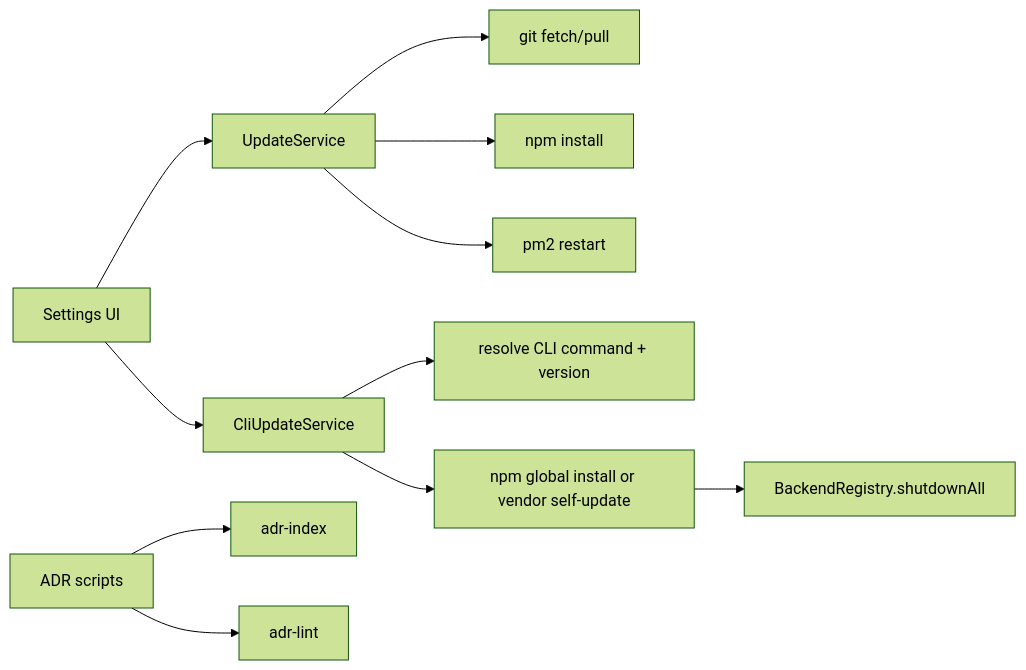
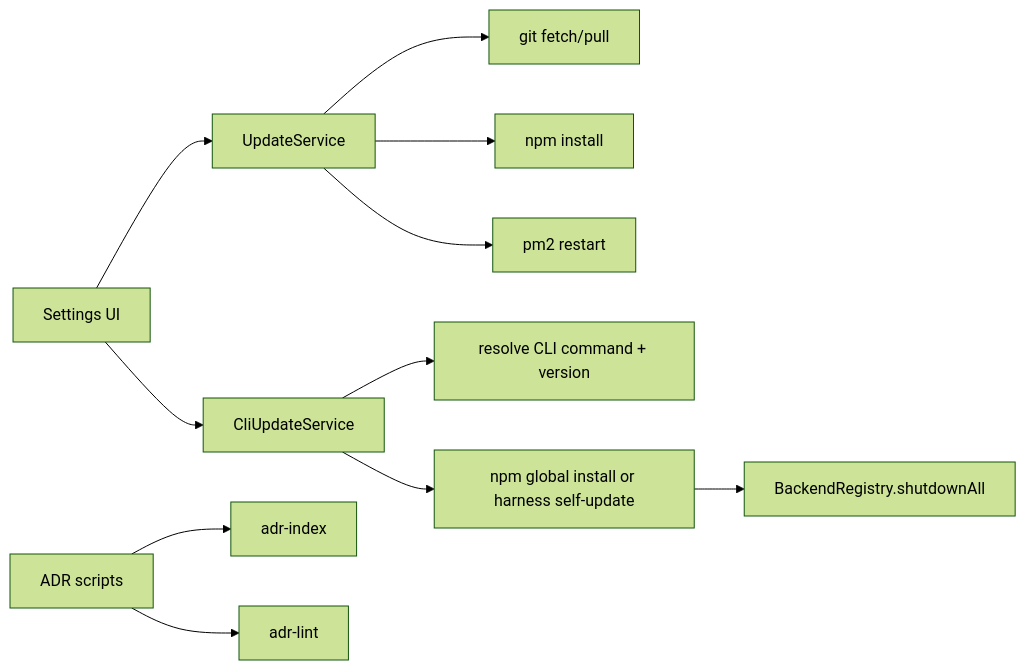
One commit to daronyondem/agent-cockpit changed the ninth of 9 diagrams in docs/spec-coverage.md. Above: the diagram before and after it, drawn with Mermaid (forest theme). The commit also changed other lines of this file and 76 other files, not shown here.

Commit message:
Use harness for CLI profile runtime identity

````diff
--- a/docs/spec-coverage.md
+++ b/docs/spec-coverage.md
@@ -270,13 +270,13 @@
 ```mermaid
 flowchart LR
   Settings["Settings UI"] --> Version["UpdateService"]
   Settings --> CliUpdates["CliUpdateService"]
   Version --> Git["git fetch/pull"]
   Version --> Npm["npm install"]
   Version --> PM2["pm2 restart"]
   CliUpdates --> Probe["resolve CLI command + version"]
-  CliUpdates --> Updater["npm global install or vendor self-update"]
+  CliUpdates --> Updater["npm global install or harness self-update"]
   Updater --> Registry["BackendRegistry.shutdownAll"]
   ADR["ADR scripts"] --> ADRIndex["adr-index"]
   ADR --> ADRLint["adr-lint"]
 ```
````
